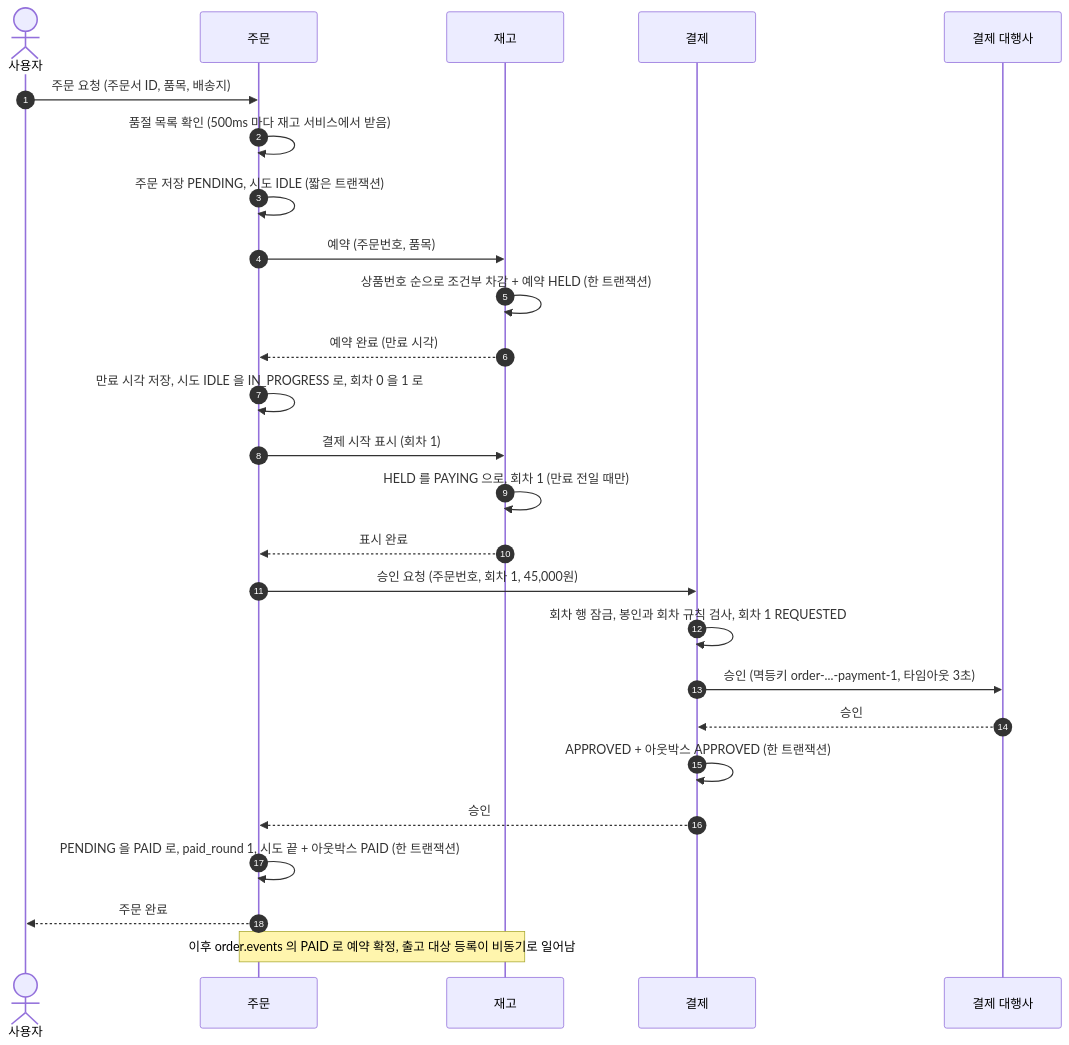
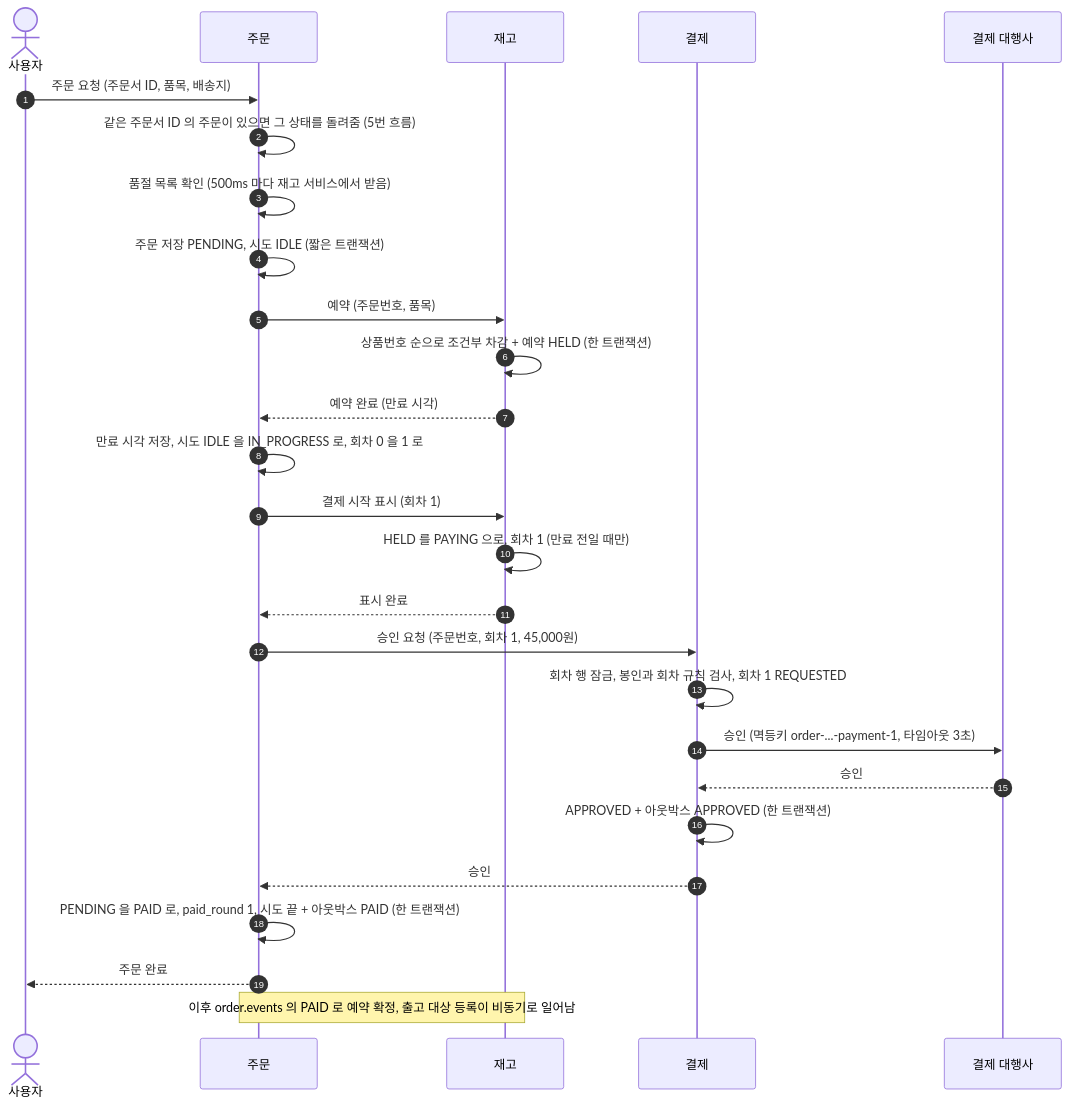
Before and after one commit to Bamdule/dawn-delivery-commerce: the first of 6 diagrams in docs/sequence/01-주문과-결제.md, drawn with Mermaid. The commit also changed other lines of this file and 12 other files, not shown here.

````diff
--- a/docs/sequence/01-주문과-결제.md
+++ b/docs/sequence/01-주문과-결제.md
@@ -20,30 +20,31 @@
 ```mermaid
 sequenceDiagram
     autonumber
     actor 사용자
     participant 주문
     participant 재고
     participant 결제
     participant 대행사 as 결제 대행사
 
     사용자->>주문: 주문 요청 (주문서 ID, 품목, 배송지)
+    주문->>주문: 같은 주문서 ID 의 주문이 있으면 그 상태를 돌려줌 (5번 흐름)
     주문->>주문: 품절 목록 확인 (500ms 마다 재고 서비스에서 받음)
     주문->>주문: 주문 저장 PENDING, 시도 IDLE (짧은 트랜잭션)
     주문->>재고: 예약 (주문번호, 품목)
     재고->>재고: 상품번호 순으로 조건부 차감 + 예약 HELD (한 트랜잭션)
     재고-->>주문: 예약 완료 (만료 시각)
     주문->>주문: 만료 시각 저장, 시도 IDLE 을 IN_PROGRESS 로, 회차 0 을 1 로
     주문->>재고: 결제 시작 표시 (회차 1)
     재고->>재고: HELD 를 PAYING 으로, 회차 1 (만료 전일 때만)
     재고-->>주문: 표시 완료
     주문->>결제: 승인 요청 (주문번호, 회차 1, 45,000원)
     결제->>결제: 회차 행 잠금, 봉인과 회차 규칙 검사, 회차 1 REQUESTED
     결제->>대행사: 승인 (멱등키 order-...-payment-1, 타임아웃 3초)
     대행사-->>결제: 승인
     결제->>결제: APPROVED + 아웃박스 APPROVED (한 트랜잭션)
     결제-->>주문: 승인
     주문->>주문: PENDING 을 PAID 로, paid_round 1, 시도 끝 + 아웃박스 PAID (한 트랜잭션)
     주문-->>사용자: 주문 완료
 
     Note over 주문,재고: 이후 order.events 의 PAID 로 예약 확정, 출고 대상 등록이 비동기로 일어남
 ```
````
